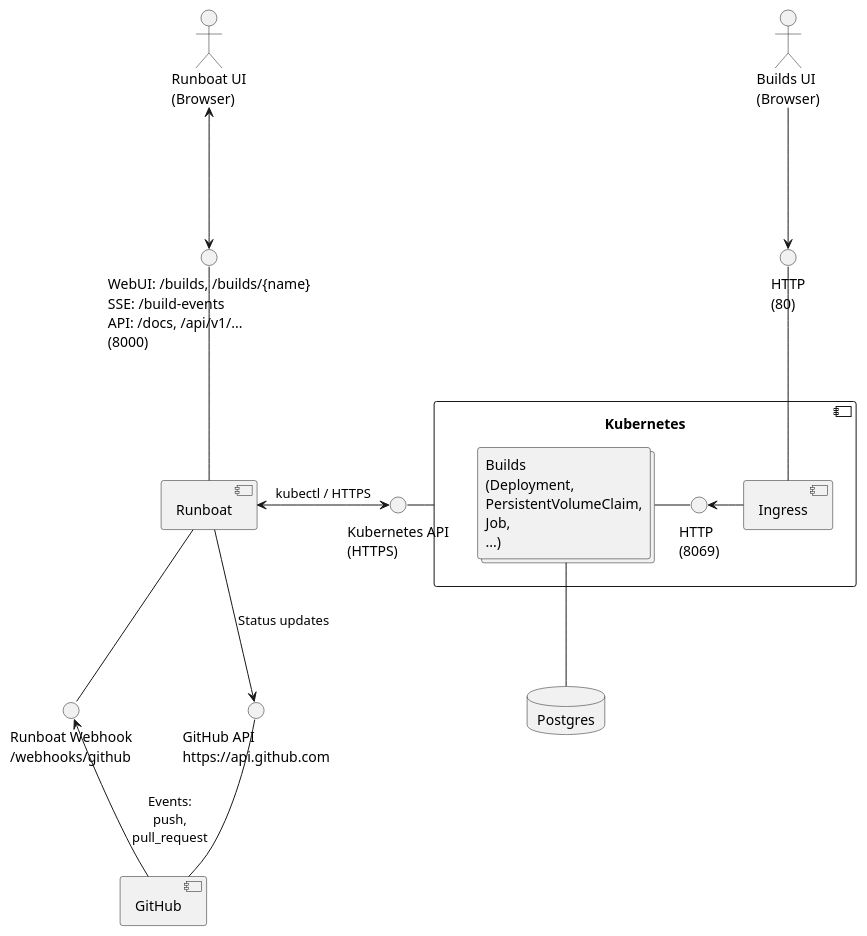
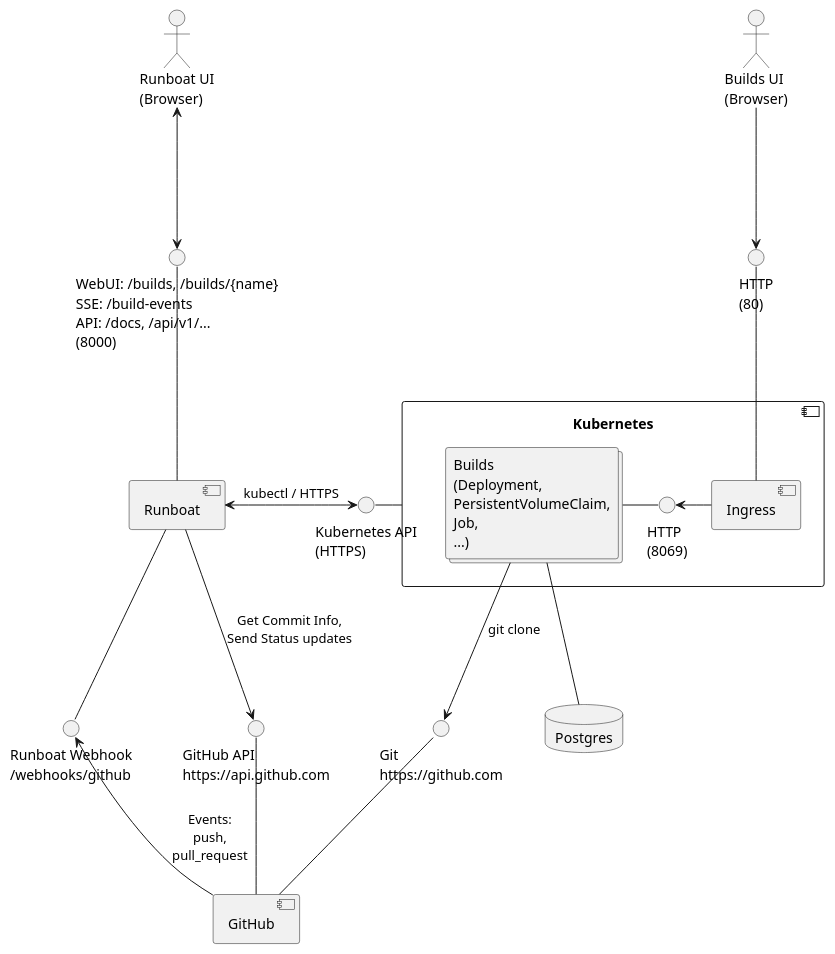
The diagram in docs/deployment.plantuml (sbidoul/runboat), drawn with PlantUML before and after one commit.

Commit message:
docs: add git clone to deployment diagram

```diff
--- a/docs/deployment.plantuml
+++ b/docs/deployment.plantuml
@@ -1,42 +1,45 @@
 @startuml deployment
 
 actor "Runboat UI\n(Browser)" as RunboatUI
 
 component Runboat
 interface "WebUI: /builds, /builds/{name}\nSSE: /build-events\nAPI: /docs, /api/v1/...\n(8000)" as API
 interface "Runboat Webhook\n/webhooks/github" as Webhook
 
 interface "HTTP\n(80)" as IngressHTTP
 actor "Builds UI\n(Browser)" as BuildsUI
 component Kubernetes {
     collections "Builds\n(Deployment,\nPersistentVolumeClaim,\nJob,\n...)" as Builds
     interface "HTTP\n(8069)" as BuildsHTTP
     component Ingress
 }
 interface "Kubernetes API\n(HTTPS)" as K8SAPI
 
-database Postgres
-
 component GitHub
 interface "GitHub API\nhttps://api.github.com" as GitHubAPI
+interface "Git\nhttps://github.com" as Git
+
+database Postgres
 
 Runboat -- Webhook
 API -- Runboat
 
+Git -- GitHub
+GitHubAPI -- GitHub
 Webhook <-- GitHub : "Events:\npush,\npull_request"
-GitHubAPI -- GitHub
-Runboat --> GitHubAPI : "Status updates"
+Runboat --> GitHubAPI : "Get Commit Info,\nSend Status updates"
 
 RunboatUI <--> API
+
+Builds - BuildsHTTP
+BuildsHTTP <- Ingress
+Builds --> Git : "git clone"
+Builds -- Postgres
+IngressHTTP -- Ingress
+BuildsUI --> IngressHTTP
 
 K8SAPI - Kubernetes
 
 Runboat <-> K8SAPI  : "kubectl / HTTPS"
 
-Builds - BuildsHTTP
-BuildsHTTP <- Ingress
-Builds -- Postgres
-IngressHTTP -- Ingress
-BuildsUI --> IngressHTTP
-
 @enduml
```
